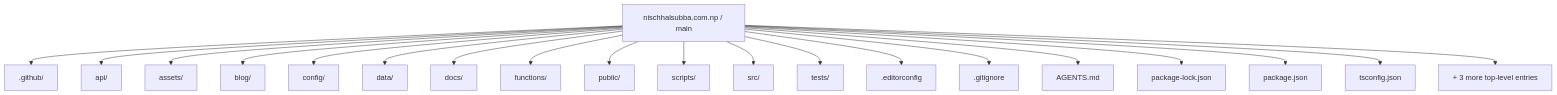
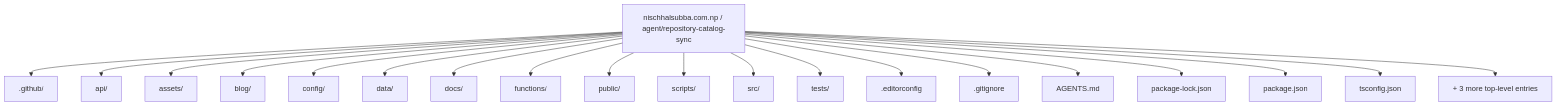
One commit to Nischhalsubba/nischhalsubba.com.np changed the first of 8 diagrams in README.md. Above: the diagram before and after it, drawn with Mermaid. The commit also changed other lines of this file, not shown here.

````diff
--- a/README.md
+++ b/README.md
@@ -58,23 +59,23 @@
 ```mermaid
 flowchart TD
-    ROOT["nischhalsubba.com.np / main"]
+    ROOT["nischhalsubba.com.np / agent/repository-catalog-sync"]
     ROOT --> P0[".github/"]
     ROOT --> P1["api/"]
     ROOT --> P2["assets/"]
     ROOT --> P3["blog/"]
     ROOT --> P4["config/"]
     ROOT --> P5["data/"]
     ROOT --> P6["docs/"]
     ROOT --> P7["functions/"]
     ROOT --> P8["public/"]
     ROOT --> P9["scripts/"]
     ROOT --> P10["src/"]
     ROOT --> P11["tests/"]
     ROOT --> P12[".editorconfig"]
     ROOT --> P13[".gitignore"]
     ROOT --> P14["AGENTS.md"]
     ROOT --> P15["package-lock.json"]
     ROOT --> P16["package.json"]
     ROOT --> P17["tsconfig.json"]
     ROOT --> MORE["+ 3 more top-level entries"]
 ```
````
